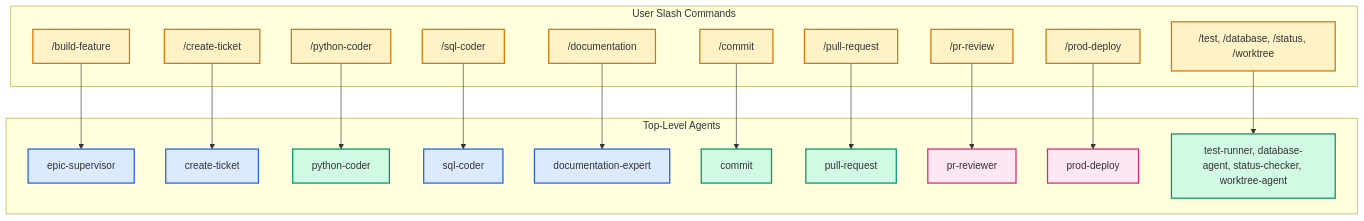
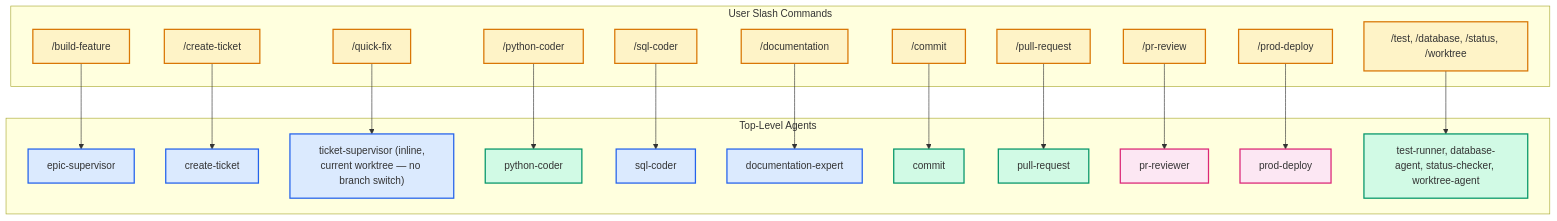
The first of 5 diagrams in docs/architecture/agent_delivery_workflows.md (urlmonitor/leafcutter-ai), drawn with Mermaid before and after one commit. The commit also changed other lines of this file and 3 other files, not shown here.

First line of the commit message:
docs(quick-fix): document current-worktree invariant for /quick-fix workflow (AC BP-600a-1)

````diff
--- a/docs/architecture/agent_delivery_workflows.md
+++ b/docs/architecture/agent_delivery_workflows.md
@@ -85,47 +85,50 @@
 ```mermaid
 flowchart TD
     classDef ui fill:#fef3c7,stroke:#d97706,stroke-width:2px;
     classDef orchestrator fill:#dbeafe,stroke:#2563eb,stroke-width:2px;
     classDef worker fill:#d1fae5,stroke:#059669,stroke-width:2px;
     classDef gatekeeper fill:#fce7f3,stroke:#db2777,stroke-width:2px;
 
     %% Slash Commands
     subgraph Commands ["User Slash Commands"]
         cmdBuild["/build-feature"]:::ui
         cmdTicket["/create-ticket"]:::ui
+        cmdQuickFix["/quick-fix"]:::ui
         cmdPy["/python-coder"]:::ui
         cmdSql["/sql-coder"]:::ui
         cmdDoc["/documentation"]:::ui
         cmdCommit["/commit"]:::ui
         cmdPR["/pull-request"]:::ui
         cmdReview["/pr-review"]:::ui
         cmdDeploy["/prod-deploy"]:::ui
         cmdOther["/test, /database, /status, /worktree"]:::ui
     end
 
     %% Top-Level Agents
     subgraph Primary_Agents ["Top-Level Agents"]
         epicSup["epic-supervisor"]:::orchestrator
         createTick["create-ticket"]:::orchestrator
+        quickFixAgt["ticket-supervisor (inline,<br/>current worktree — no branch switch)"]:::orchestrator
         pyCoder["python-coder"]:::worker
         sqlCoder["sql-coder"]:::orchestrator
         docExp["documentation-expert"]:::orchestrator
         commitAgt["commit"]:::worker
         prAgt["pull-request"]:::worker
         prRev["pr-reviewer"]:::gatekeeper
         prodDep["prod-deploy"]:::gatekeeper
         otherAgts["test-runner, database-agent, status-checker, worktree-agent"]:::worker
     end
 
     %% Mappings
     cmdBuild --> epicSup
     cmdTicket --> createTick
+    cmdQuickFix --> quickFixAgt
     cmdPy --> pyCoder
     cmdSql --> sqlCoder
     cmdDoc --> docExp
     cmdCommit --> commitAgt
     cmdPR --> prAgt
     cmdReview --> prRev
     cmdDeploy --> prodDep
     cmdOther --> otherAgts
 ```
````
